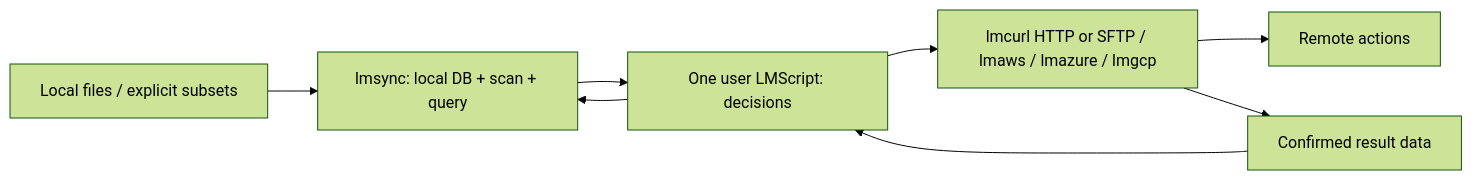
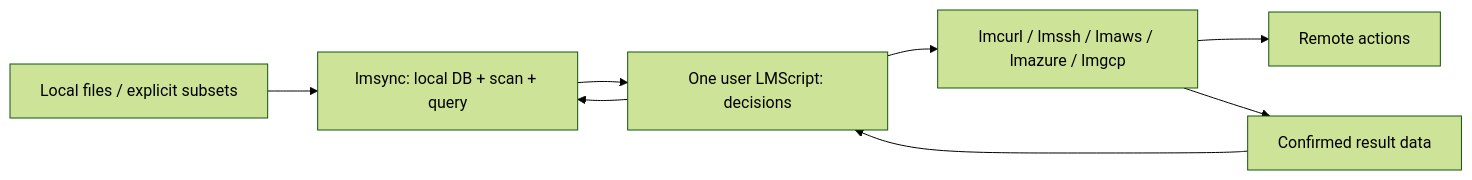
One commit to lmctl-ai/lmaws changed the diagram in docs/LMSYNC_DESIGN.md. Above: the diagram before and after it, drawn with Mermaid (forest theme). The commit also changed other lines of this file and 1 other file, not shown here.

````diff
--- a/docs/LMSYNC_DESIGN.md
+++ b/docs/LMSYNC_DESIGN.md
@@ -47,10 +47,10 @@
 ```mermaid
 flowchart LR
   F[Local files / explicit subsets] --> S[lmsync: local DB + scan + query]
   S --> J[One user LMScript: decisions]
-  J --> H[lmcurl HTTP or SFTP / lmaws / lmazure / lmgcp]
+  J --> H[lmcurl / lmssh / lmaws / lmazure / lmgcp]
   H --> R[Remote actions]
   H --> C[Confirmed result data]
   C --> J
   J --> S
 ```
````
